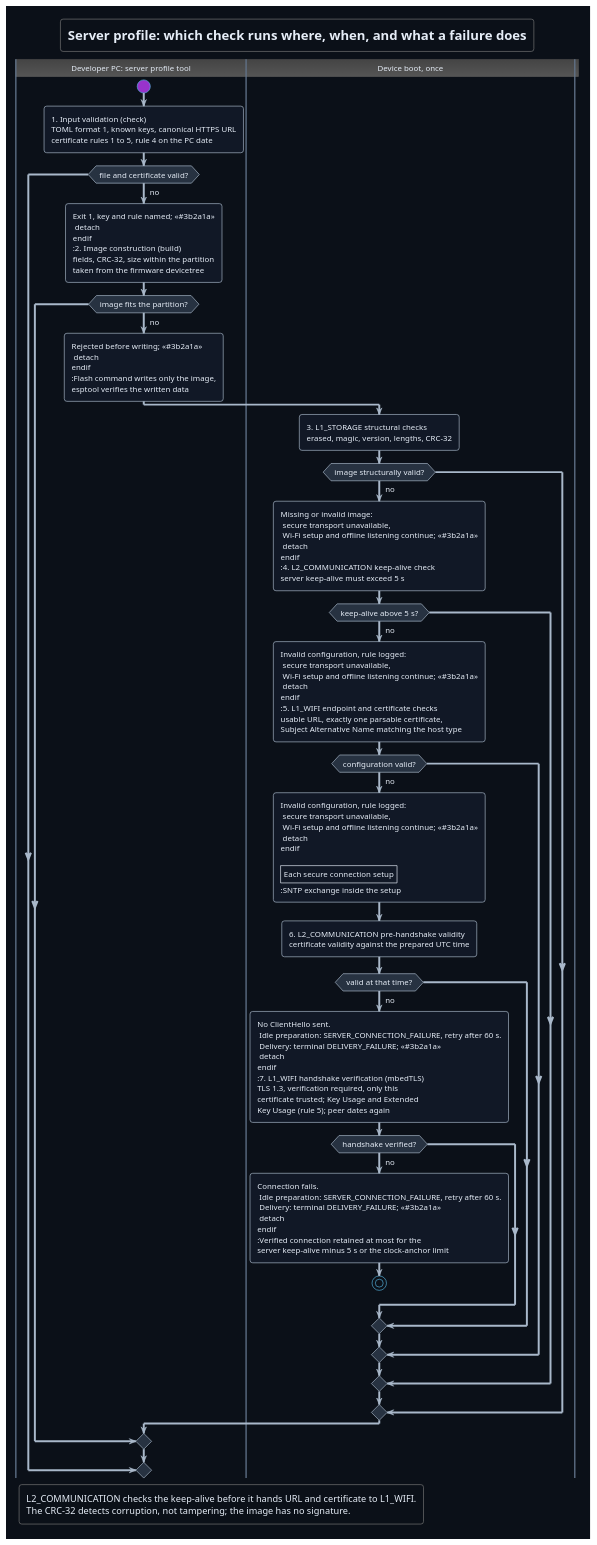
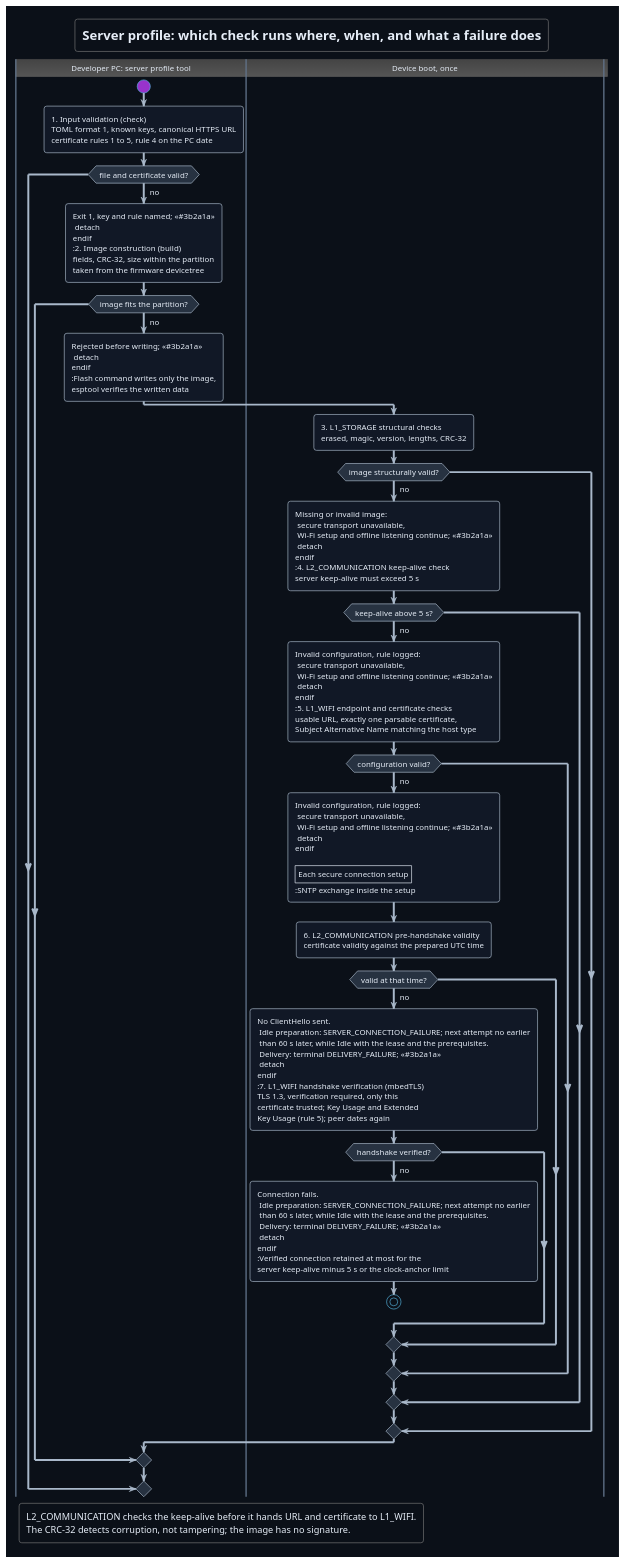
One commit to DemonicPsychoII/DigitalStethoscope changed the diagram in Development/system/design/STORAGE/server-profile-validation.puml. Above: the diagram before and after it, drawn with PlantUML. The commit also changed 5 other files, not shown here.

```diff
--- a/Development/system/design/STORAGE/server-profile-validation.puml
+++ b/Development/system/design/STORAGE/server-profile-validation.puml
@@ -1,94 +1,96 @@
 @startuml server_profile_validation
 !theme cyborg
 !pragma layout smetana
 skinparam shadowing false
 skinparam defaultFontName SansSerif
 skinparam backgroundColor #0b1018
 skinparam defaultFontColor #e6edf7
 skinparam ArrowColor #a9b8ca
 skinparam activity {
  BackgroundColor #111826
  BorderColor #a9b8ca
  DiamondBackgroundColor #273241
 }
 skinparam swimlane {
  BorderColor #61738a
  TitleFontColor #e6edf7
 }
 title Server profile: which check runs where, when, and what a failure does
 
 |Developer PC: server profile tool|
 start
 :1. Input validation (check)
 TOML format 1, known keys, canonical HTTPS URL
 certificate rules 1 to 5, rule 4 on the PC date;
 if (file and certificate valid?) then (no)
  :Exit 1, key and rule named; <<#3b2a1a>>
  detach
 endif
 :2. Image construction (build)
 fields, CRC-32, size within the partition
 taken from the firmware devicetree;
 if (image fits the partition?) then (no)
  :Rejected before writing; <<#3b2a1a>>
  detach
 endif
 :Flash command writes only the image,
 esptool verifies the written data;
 
 |Device boot, once|
 :3. L1_STORAGE structural checks
 erased, magic, version, lengths, CRC-32;
 if (image structurally valid?) then (no)
  :Missing or invalid image:
  secure transport unavailable,
  Wi-Fi setup and offline listening continue; <<#3b2a1a>>
  detach
 endif
 :4. L2_COMMUNICATION keep-alive check
 server keep-alive must exceed 5 s;
 if (keep-alive above 5 s?) then (no)
  :Invalid configuration, rule logged:
  secure transport unavailable,
  Wi-Fi setup and offline listening continue; <<#3b2a1a>>
  detach
 endif
 :5. L1_WIFI endpoint and certificate checks
 usable URL, exactly one parsable certificate,
 Subject Alternative Name matching the host type;
 if (configuration valid?) then (no)
  :Invalid configuration, rule logged:
  secure transport unavailable,
  Wi-Fi setup and offline listening continue; <<#3b2a1a>>
  detach
 endif
 
 |Each secure connection setup|
 :SNTP exchange inside the setup;
 :6. L2_COMMUNICATION pre-handshake validity
 certificate validity against the prepared UTC time;
 if (valid at that time?) then (no)
  :No ClientHello sent.
- Idle preparation: SERVER_CONNECTION_FAILURE, retry after 60 s.
+ Idle preparation: SERVER_CONNECTION_FAILURE; next attempt no earlier
+ than 60 s later, while Idle with the lease and the prerequisites.
  Delivery: terminal DELIVERY_FAILURE; <<#3b2a1a>>
  detach
 endif
 :7. L1_WIFI handshake verification (mbedTLS)
 TLS 1.3, verification required, only this
 certificate trusted; Key Usage and Extended
 Key Usage (rule 5); peer dates again;
 if (handshake verified?) then (no)
  :Connection fails.
- Idle preparation: SERVER_CONNECTION_FAILURE, retry after 60 s.
+ Idle preparation: SERVER_CONNECTION_FAILURE; next attempt no earlier
+ than 60 s later, while Idle with the lease and the prerequisites.
  Delivery: terminal DELIVERY_FAILURE; <<#3b2a1a>>
  detach
 endif
 :Verified connection retained at most for the
 server keep-alive minus 5 s or the clock-anchor limit;
 stop
 
 legend bottom left
  L2_COMMUNICATION checks the keep-alive before it hands URL and certificate to L1_WIFI.
  The CRC-32 detects corruption, not tampering; the image has no signature.
 endlegend
 @enduml
```
